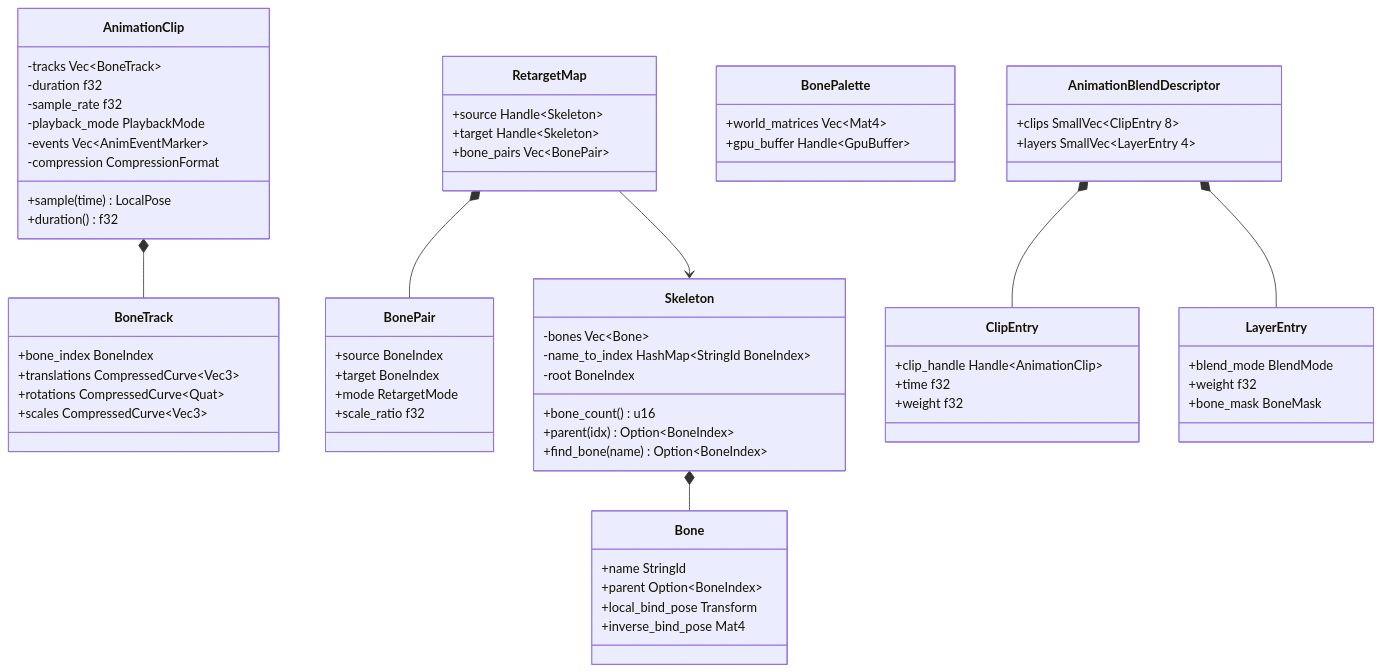
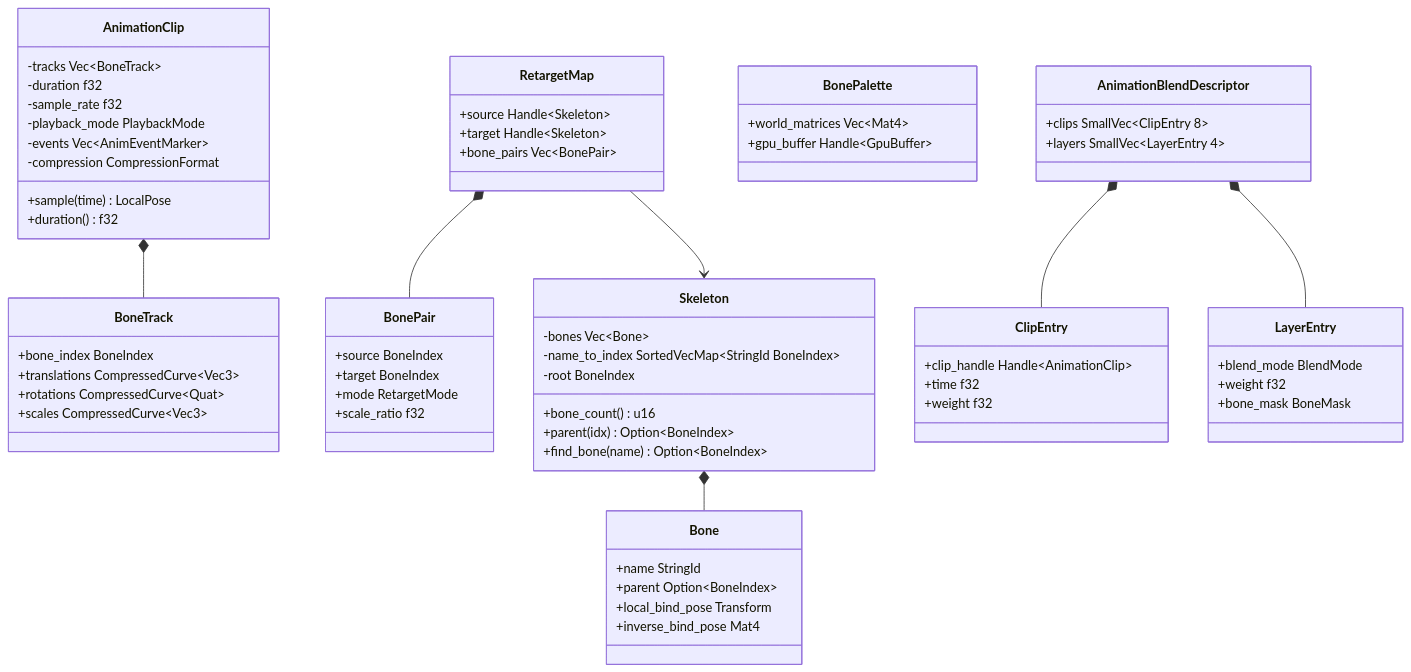
The fourth of 7 diagrams in docs/design/animation/skeletal.md (harmonius-dev/harmonius), drawn with Mermaid before and after one commit. The commit also changed other lines of this file and 143 other files, not shown here.

````diff
--- a/docs/design/animation/skeletal.md
+++ b/docs/design/animation/skeletal.md
@@ -217,78 +217,78 @@
 ```mermaid
 classDiagram
     class Skeleton {
         -bones Vec~Bone~
-        -name_to_index HashMap~StringId BoneIndex~
+        -name_to_index SortedVecMap~StringId BoneIndex~
         -root BoneIndex
         +bone_count() u16
         +parent(idx) Option~BoneIndex~
         +find_bone(name) Option~BoneIndex~
     }
 
     class Bone {
         +name StringId
         +parent Option~BoneIndex~
         +local_bind_pose Transform
         +inverse_bind_pose Mat4
     }
 
     class AnimationClip {
         -tracks Vec~BoneTrack~
         -duration f32
         -sample_rate f32
         -playback_mode PlaybackMode
         -events Vec~AnimEventMarker~
         -compression CompressionFormat
         +sample(time) LocalPose
         +duration() f32
     }
 
     class BoneTrack {
         +bone_index BoneIndex
         +translations CompressedCurve~Vec3~
         +rotations CompressedCurve~Quat~
         +scales CompressedCurve~Vec3~
     }
 
     class AnimationBlendDescriptor {
         +clips SmallVec~ClipEntry 8~
         +layers SmallVec~LayerEntry 4~
     }
 
     class ClipEntry {
         +clip_handle Handle~AnimationClip~
         +time f32
         +weight f32
     }
 
     class LayerEntry {
         +blend_mode BlendMode
         +weight f32
         +bone_mask BoneMask
     }
 
     class BonePalette {
         +world_matrices Vec~Mat4~
         +gpu_buffer Handle~GpuBuffer~
     }
 
     class RetargetMap {
         +source Handle~Skeleton~
         +target Handle~Skeleton~
         +bone_pairs Vec~BonePair~
     }
 
     class BonePair {
         +source BoneIndex
         +target BoneIndex
         +mode RetargetMode
         +scale_ratio f32
     }
 
     Skeleton *-- Bone
     AnimationClip *-- BoneTrack
     AnimationBlendDescriptor *-- ClipEntry
     AnimationBlendDescriptor *-- LayerEntry
     RetargetMap *-- BonePair
     RetargetMap --> Skeleton
 ```
````
